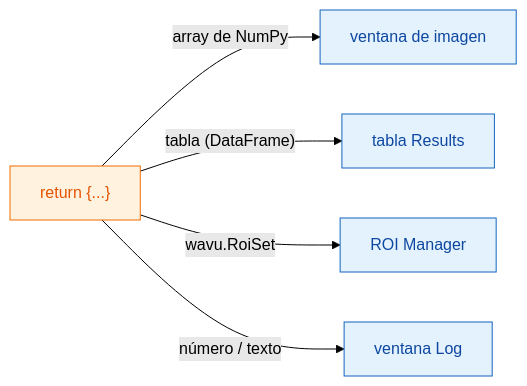
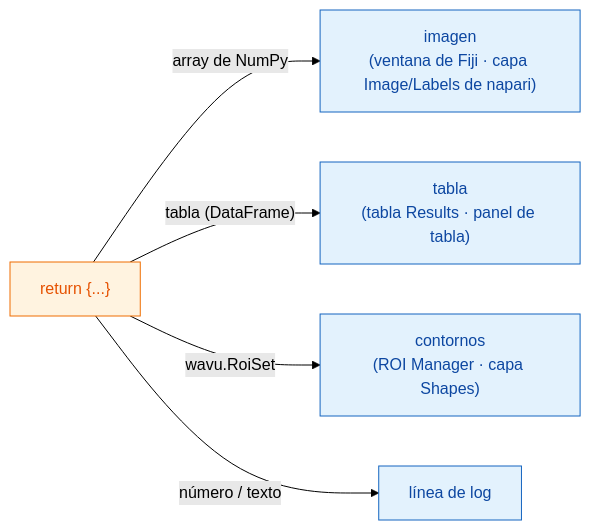
The diagram in guide/write/outputs.es.md (Oxford-Zeiss-Centre-of-Excellence/Wavu), drawn with Mermaid (forest theme) before and after one commit. The commit also changed other lines of this file and 221 other files, not shown here.

````diff
--- a/guide/write/outputs.es.md
+++ b/guide/write/outputs.es.md
@@ -11,15 +13,15 @@
 ```mermaid
 flowchart LR
     R["return {...}"]:::script
-    I["ventana de imagen"]:::fiji
-    T["tabla Results"]:::fiji
-    O["ROI Manager"]:::fiji
-    L["ventana Log"]:::fiji
+    I["imagen<br/>(ventana de Fiji · capa Image/Labels de napari)"]:::fiji
+    T["tabla<br/>(tabla Results · panel de tabla)"]:::fiji
+    O["contornos<br/>(ROI Manager · capa Shapes)"]:::fiji
+    L["línea de log"]:::fiji
     R -- "array de NumPy" --> I
     R -- "tabla (DataFrame)" --> T
     R -- "wavu.RoiSet" --> O
     R -- "número / texto" --> L
 
     classDef fiji   fill:#e3f2fd,stroke:#1565c0,color:#0d47a1
     classDef script fill:#fff3e0,stroke:#ef6c00,color:#e65100
 ```
````
